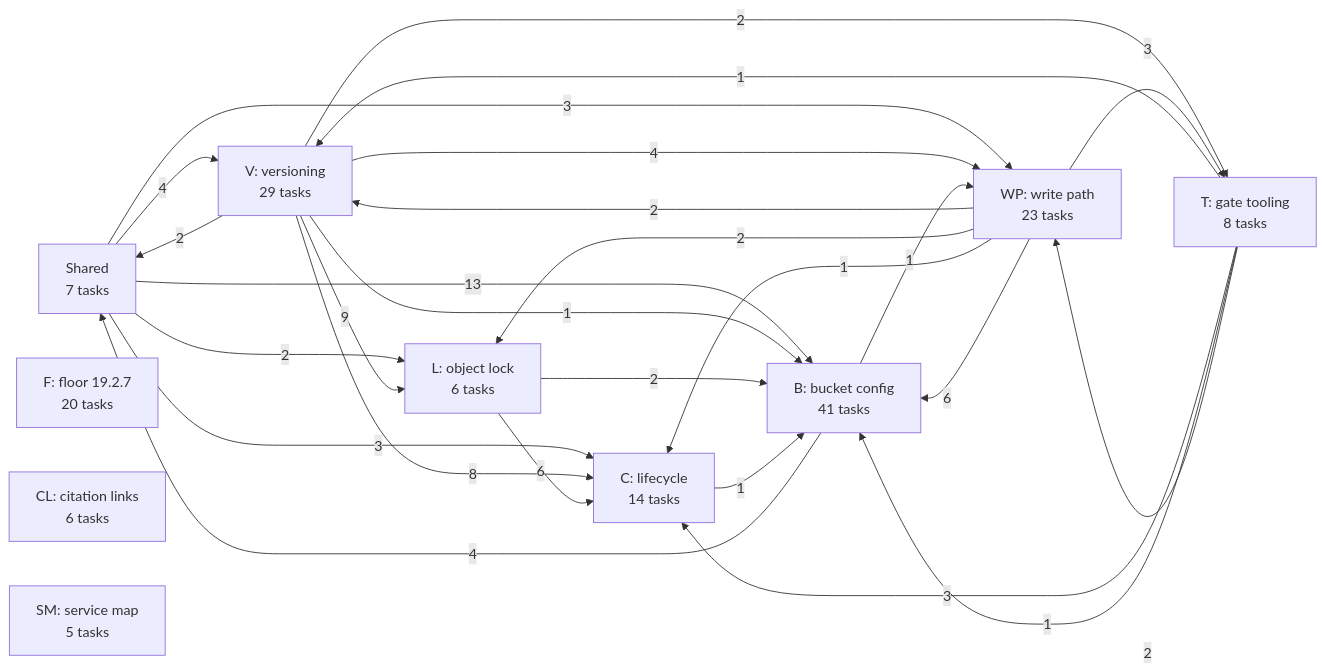
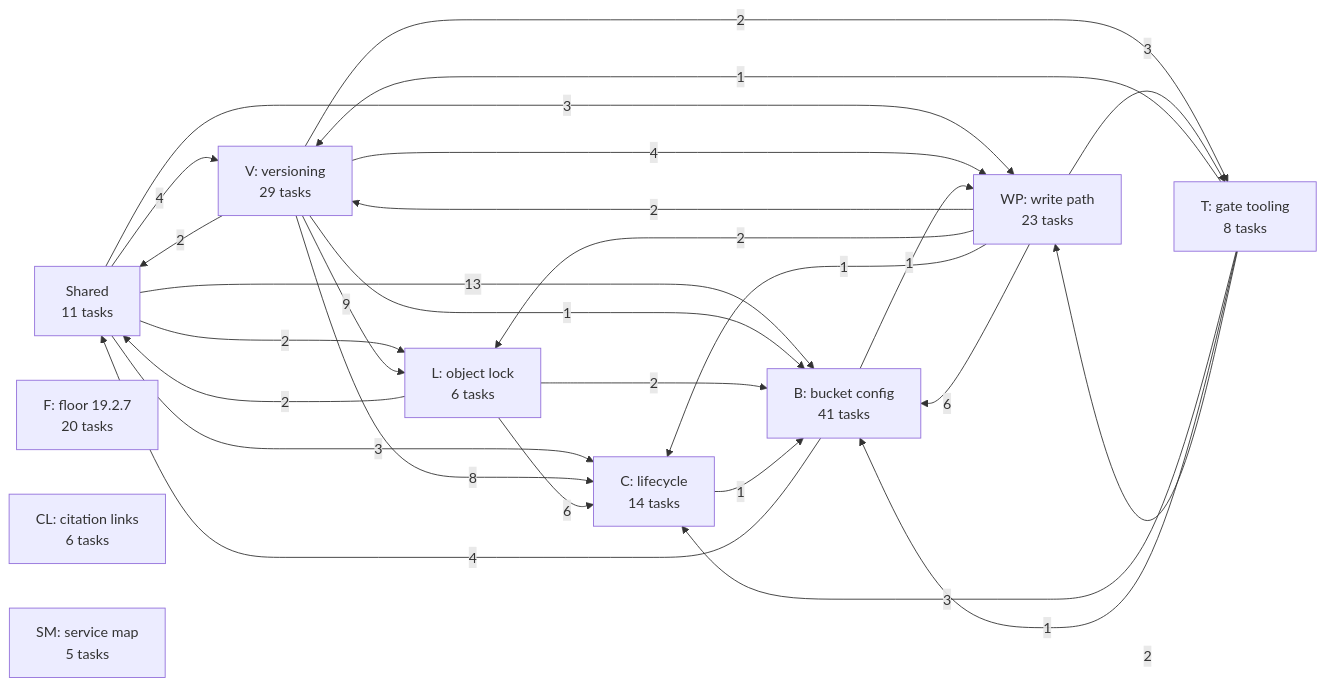
The first of 11 diagrams in docs/superpowers/plans/2026-10-13-phase-2/dependencies.md (jhoblitt/rgw-go), drawn with Mermaid before and after one commit. The commit also changed other lines of this file and 1 other file, not shown here.

First line of the commit message:
docs(plan): add shared tasks S9 to S11 from L7's adversarial review

````diff
--- a/docs/superpowers/plans/2026-10-13-phase-2/dependencies.md
+++ b/docs/superpowers/plans/2026-10-13-phase-2/dependencies.md
@@ -13,38 +13,39 @@
 ```mermaid
 flowchart LR
-  u_S["Shared<br/>7 tasks"]
+  u_S["Shared<br/>11 tasks"]
   u_F["F: floor 19.2.7<br/>20 tasks"]
   u_V["V: versioning<br/>29 tasks"]
   u_L["L: object lock<br/>6 tasks"]
   u_C["C: lifecycle<br/>14 tasks"]
   u_B["B: bucket config<br/>41 tasks"]
   u_WP["WP: write path<br/>23 tasks"]
   u_T["T: gate tooling<br/>8 tasks"]
   u_CL["CL: citation links<br/>6 tasks"]
   u_SM["SM: service map<br/>5 tasks"]
   u_S -->|4| u_V
   u_S -->|2| u_L
   u_S -->|3| u_C
   u_S -->|13| u_B
   u_S -->|3| u_WP
   u_V -->|2| u_S
   u_V -->|9| u_L
   u_V -->|8| u_C
   u_V -->|1| u_B
   u_V -->|4| u_WP
   u_V -->|2| u_T
   u_L -->|6| u_C
   u_L -->|2| u_B
+  u_L -->|2| u_S
   u_C -->|1| u_B
   u_B -->|4| u_S
   u_B -->|1| u_WP
   u_WP -->|2| u_V
   u_WP -->|2| u_L
   u_WP -->|1| u_C
   u_WP -->|6| u_B
   u_WP -->|3| u_T
   u_T -->|1| u_V
   u_T -->|3| u_C
   u_T -->|1| u_B
   u_T -->|2| u_WP
 ```
````
